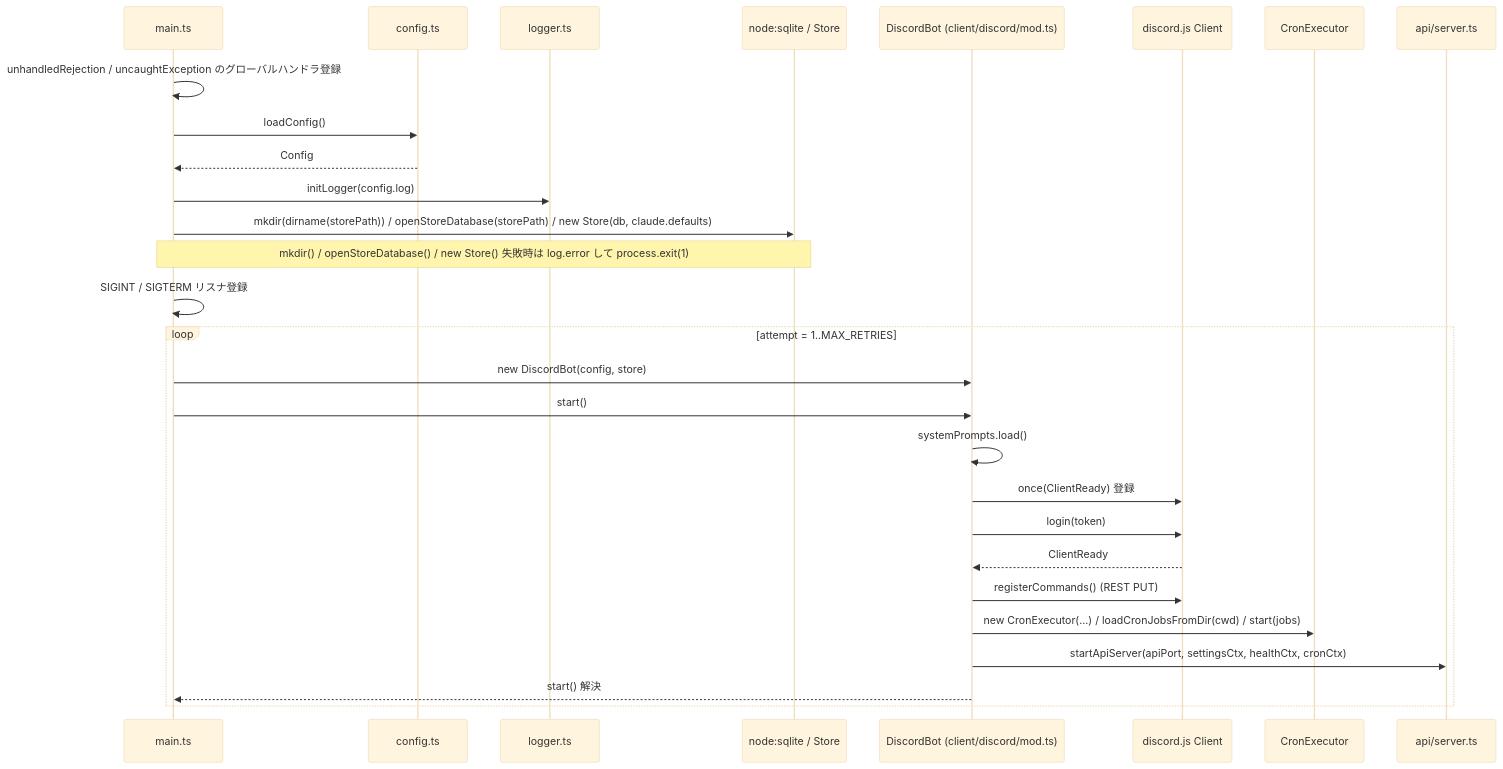
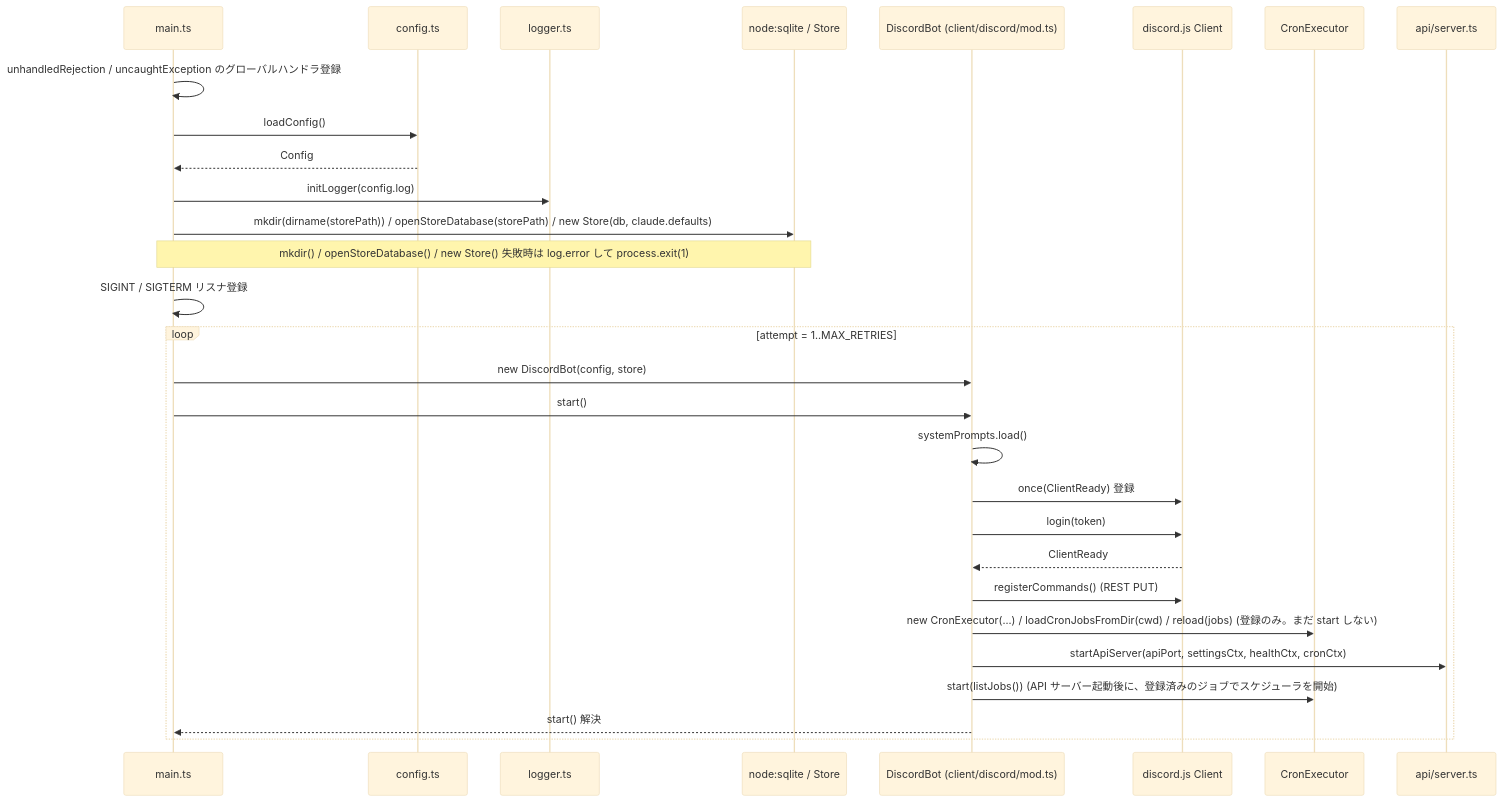
The diagram in docs/architecture/lifecycle.md (ansanloms/loms-claw), drawn with Mermaid (base theme) before and after one commit. The commit also changed other lines of this file and 3 other files, not shown here.

````diff
--- a/docs/architecture/lifecycle.md
+++ b/docs/architecture/lifecycle.md
@@ -9,31 +9,32 @@
 ```mermaid
 sequenceDiagram
     participant M as main.ts
     participant C as config.ts
     participant L as logger.ts
     participant DB as node:sqlite / Store
     participant B as DiscordBot (client/discord/mod.ts)
     participant D as discord.js Client
     participant X as CronExecutor
     participant A as api/server.ts
 
     M->>M: unhandledRejection / uncaughtException のグローバルハンドラ登録
     M->>C: loadConfig()
     C-->>M: Config
     M->>L: initLogger(config.log)
     M->>DB: mkdir(dirname(storePath)) / openStoreDatabase(storePath) / new Store(db, claude.defaults)
     Note over M,DB: mkdir() / openStoreDatabase() / new Store() 失敗時は log.error して process.exit(1)
     M->>M: SIGINT / SIGTERM リスナ登録
     loop attempt = 1..MAX_RETRIES
         M->>B: new DiscordBot(config, store)
         M->>B: start()
         B->>B: systemPrompts.load()
         B->>D: once(ClientReady) 登録
         B->>D: login(token)
         D-->>B: ClientReady
         B->>D: registerCommands() (REST PUT)
-        B->>X: new CronExecutor(...) / loadCronJobsFromDir(cwd) / start(jobs)
+        B->>X: new CronExecutor(...) / loadCronJobsFromDir(cwd) / reload(jobs) (登録のみ。まだ start しない)
         B->>A: startApiServer(apiPort, settingsCtx, healthCtx, cronCtx)
+        B->>X: start(listJobs()) (API サーバー起動後に、登録済みのジョブでスケジューラを開始)
         B-->>M: start() 解決
     end
 ```
````
